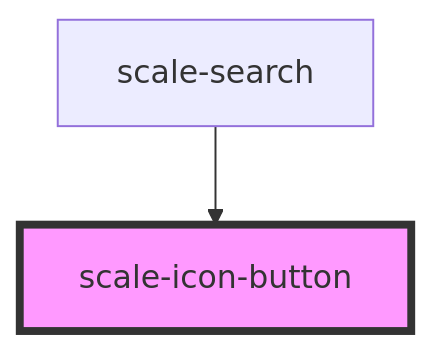
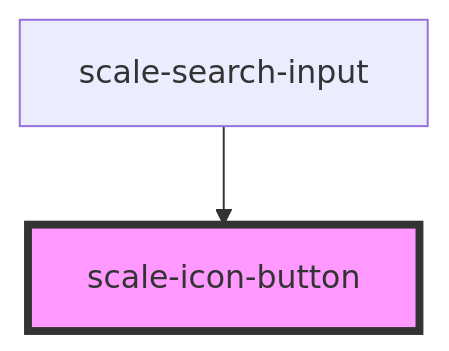
One commit to telekom/scale changed the diagram in packages/components/src/components/icon-button/readme.md. Above: the diagram before and after it, drawn with Mermaid. The commit also changed other lines of this file and 8 other files, not shown here.

````diff
--- a/packages/components/src/components/icon-button/readme.md
+++ b/packages/components/src/components/icon-button/readme.md
@@ -41,5 +41,5 @@
 ```mermaid
 graph TD;
-  scale-search --> scale-icon-button
+  scale-search-input --> scale-icon-button
   style scale-icon-button fill:#f9f,stroke:#333,stroke-width:4px
 ```
````
